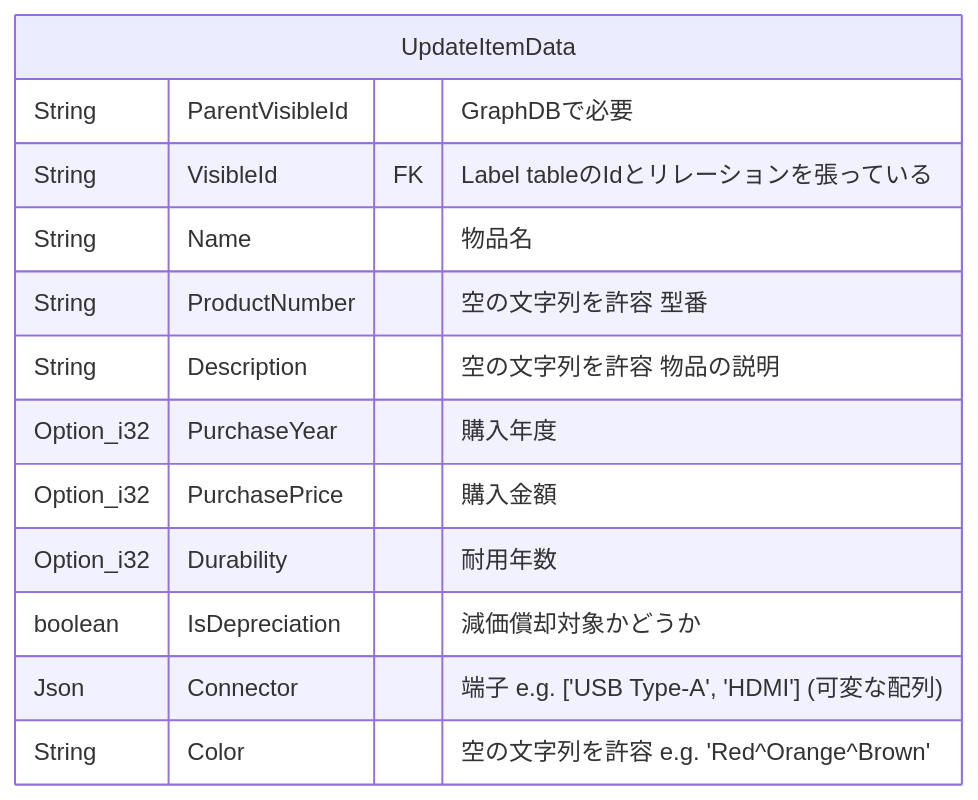
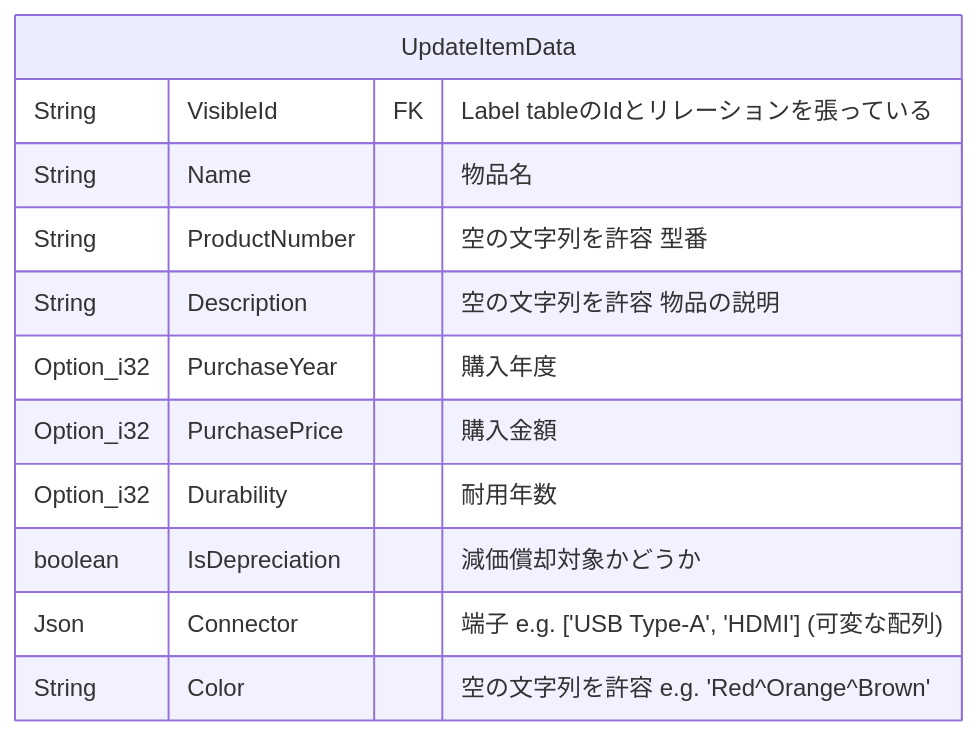
The eighth of 12 diagrams in documents/endpoint.md (sohosai/dashi), drawn with Mermaid before and after one commit. The commit also changed other lines of this file and 2 other files, not shown here.

````diff
--- a/documents/endpoint.md
+++ b/documents/endpoint.md
@@ -423,17 +429,16 @@
 ```mermaid
 erDiagram
     UpdateItemData {
-        String ParentVisibleId "GraphDBで必要"
         String VisibleId FK "Label tableのIdとリレーションを張っている"
         String Name "物品名"
         String ProductNumber "空の文字列を許容 型番"
         String Description "空の文字列を許容 物品の説明"
         Option_i32 PurchaseYear "購入年度"
         Option_i32 PurchasePrice "購入金額"
         Option_i32 Durability "耐用年数"
         boolean IsDepreciation "減価償却対象かどうか"
         Json Connector "端子 e.g. ['USB Type-A', 'HDMI'] (可変な配列)"
         String Color "空の文字列を許容 e.g. 'Red^Orange^Brown'"
     }
 
 ```
````
